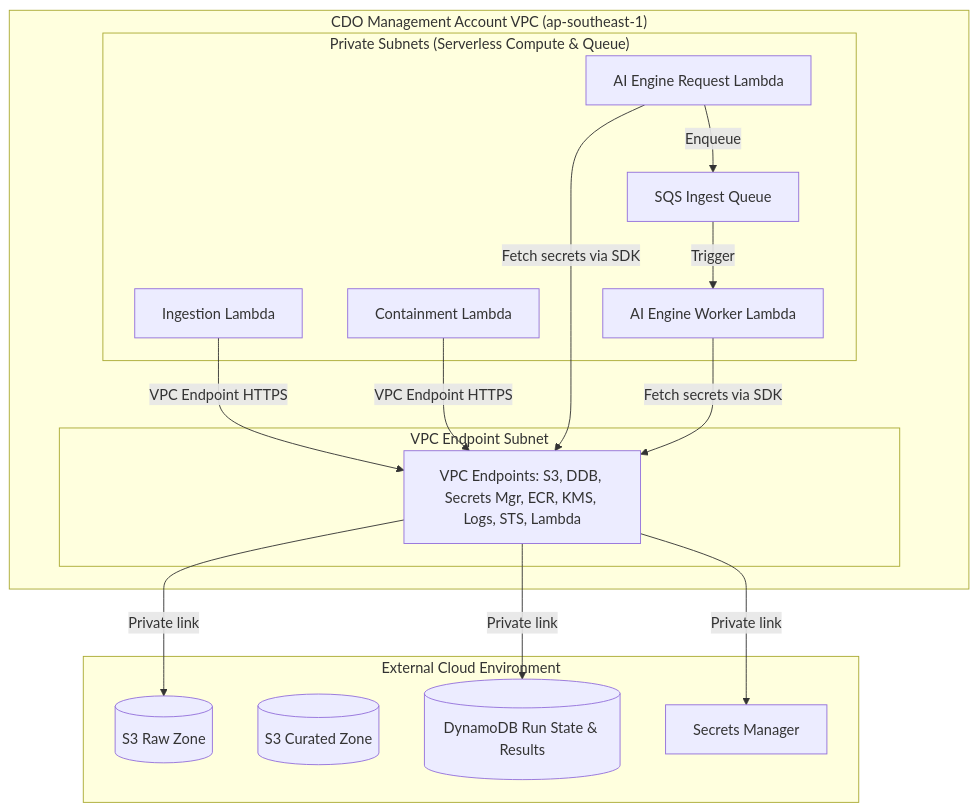
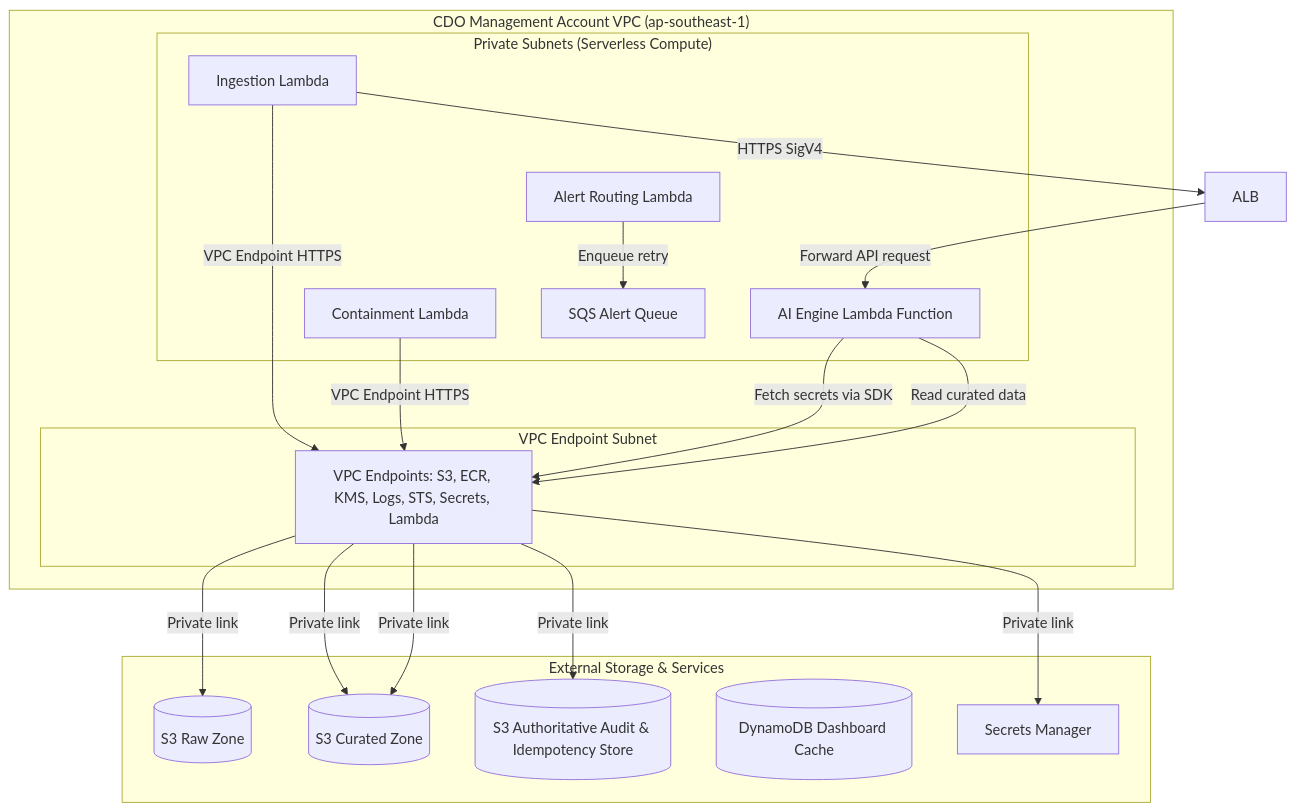
One commit to hungxqt/tf2-finops-iac changed the diagram in docs/tf2-finops/03_security_design.md. Above: the diagram before and after it, drawn with Mermaid. The commit also changed other lines of this file and 65 other files, not shown here.

````diff
--- a/docs/tf2-finops/03_security_design.md
+++ b/docs/tf2-finops/03_security_design.md
@@ -15,36 +15,40 @@
 ```mermaid
 graph TD
     subgraph "CDO Management Account VPC (ap-southeast-1)"
-        subgraph "Private Subnets (Serverless Compute & Queue)"
-            AILambdaReq[AI Engine Request Lambda]
-            AILambdaWorker[AI Engine Worker Lambda]
-            SQSQueue[SQS Ingest Queue]
+        subgraph "Private Subnets (Serverless Compute)"
+            AILambda[AI Engine Lambda Function]
             L_Pull[Ingestion Lambda]
             L_Cont[Containment Lambda]
+            L_Alert[Alert Routing Lambda]
+            SQSQueue[SQS Alert Queue]
         end
 
         subgraph "VPC Endpoint Subnet"
-            VPCE[VPC Endpoints: S3, DDB, Secrets Mgr, ECR, KMS, Logs, STS, Lambda]
+            VPCE[VPC Endpoints: S3, ECR, KMS, Logs, STS, Secrets, Lambda]
         end
     end
 
-    subgraph "External Cloud Environment"
-        S3Raw[(S3 Raw Zone)]
-        S3Cur[(S3 Curated Zone)]
-        DDB[(DynamoDB Run State & Results)]
+    subgraph "External Storage & Services"
+        S3Raw[("S3 Raw Zone")]
+        S3Cur[("S3 Curated Zone")]
+        S3Audit[("S3 Authoritative Audit & Idempotency Store")]
+        DDB[("DynamoDB Dashboard Cache")]
         SM[Secrets Manager]
     end
 
     %% Network flows
     L_Pull -->|VPC Endpoint HTTPS| VPCE
     VPCE -->|Private link| S3Raw
+    VPCE -->|Private link| S3Cur
+    L_Pull -->|HTTPS SigV4| ALB
+    ALB -->|Forward API request| AILambda
     L_Cont -->|VPC Endpoint HTTPS| VPCE
-    VPCE -->|Private link| DDB
+    VPCE -->|Private link| S3Audit
+    L_Alert -->|Enqueue retry| SQSQueue
     
     %% Serverless traffic
-    AILambdaReq -->|Enqueue| SQSQueue
-    SQSQueue -->|Trigger| AILambdaWorker
-    AILambdaReq -->|Fetch secrets via SDK| VPCE
-    AILambdaWorker -->|Fetch secrets via SDK| VPCE
+    AILambda -->|Fetch secrets via SDK| VPCE
     VPCE -->|Private link| SM
+    AILambda -->|Read curated data| VPCE
+    VPCE -->|Private link| S3Cur
 ```
````
